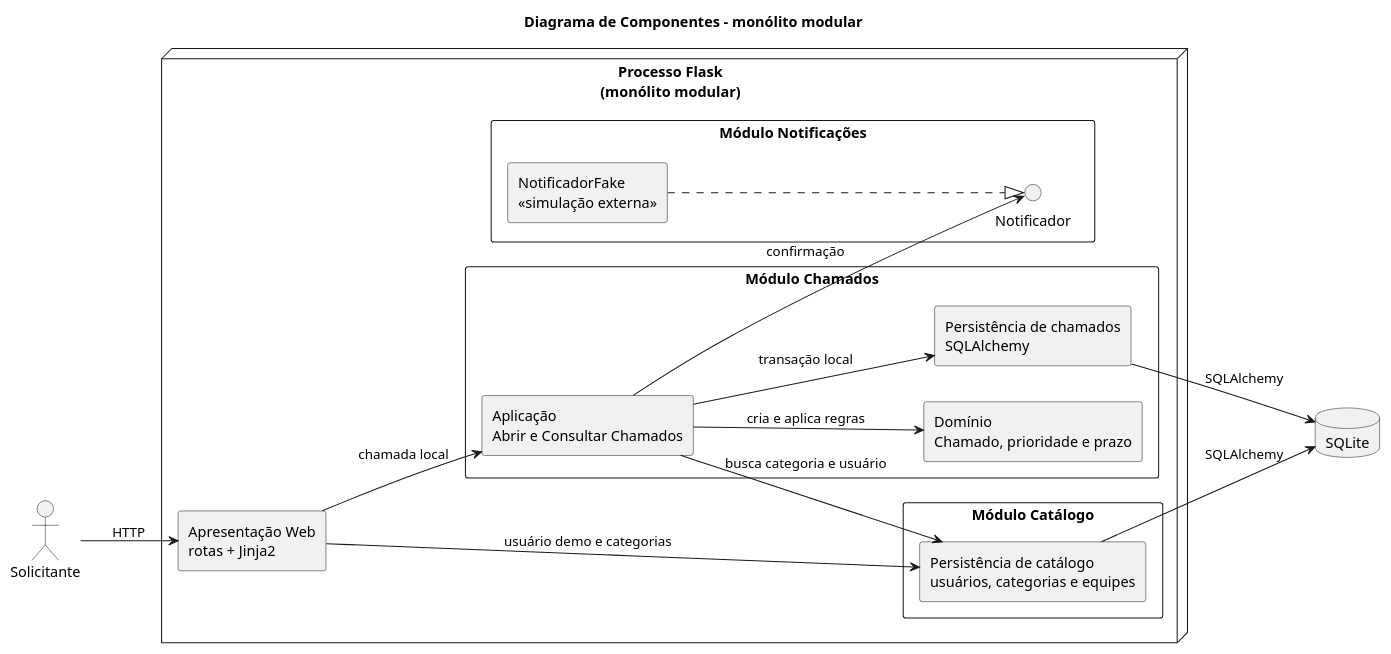
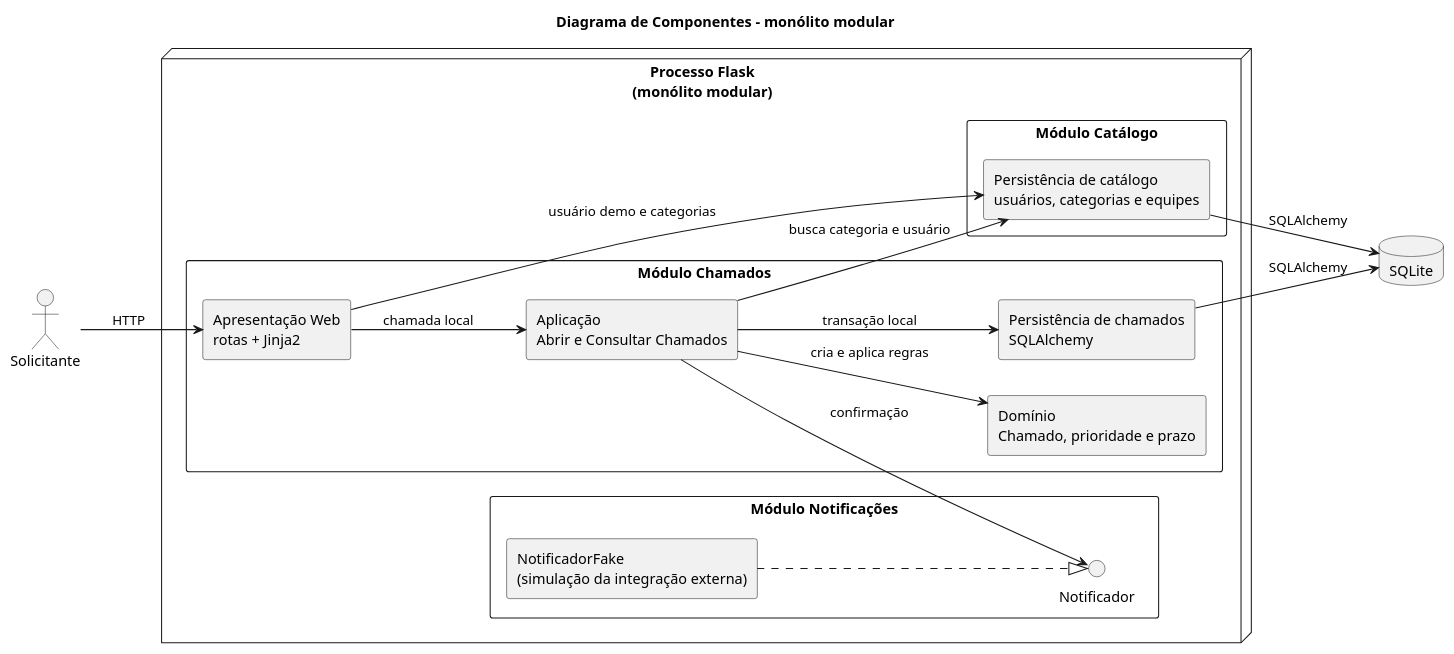
One commit to ricardobacano/Trabalho-Design- changed the diagram in docs/diagramas/componentes.puml. Above: the diagram before and after it, drawn with PlantUML. The commit also changed 5 other files, not shown here.

Commit message:
Alinhar diagramas com o protótipo e regenerar imagens

```diff
--- a/docs/diagramas/componentes.puml
+++ b/docs/diagramas/componentes.puml
@@ -1,40 +1,39 @@
 @startuml
 title Diagrama de Componentes - monólito modular
 skinparam componentStyle rectangle
 skinparam packageStyle rectangle
 left to right direction
 
 actor Solicitante
 
 node "Processo Flask\n(monólito modular)" {
-  component "Apresentação Web\nrotas + Jinja2" as Web
-
   package "Módulo Chamados" {
+    component "Apresentação Web\nrotas + Jinja2" as Web
     component "Aplicação\nAbrir e Consultar Chamados" as App
     component "Domínio\nChamado, prioridade e prazo" as Domain
     component "Persistência de chamados\nSQLAlchemy" as TicketPersistence
   }
 
   package "Módulo Catálogo" {
     component "Persistência de catálogo\nusuários, categorias e equipes" as Catalog
   }
 
   package "Módulo Notificações" {
     interface Notificador
-    component "NotificadorFake\n<<simulação externa>>" as Fake
+    component "NotificadorFake\n(simulação da integração externa)" as Fake
   }
 }
 
 database "SQLite" as DB
 
 Solicitante --> Web : HTTP
 Web --> App : chamada local
 Web --> Catalog : usuário demo e categorias
 App --> Domain : cria e aplica regras
 App --> Catalog : busca categoria e usuário
 App --> TicketPersistence : transação local
 App --> Notificador : confirmação
 Fake ..|> Notificador
 TicketPersistence --> DB : SQLAlchemy
 Catalog --> DB : SQLAlchemy
 @enduml
```
